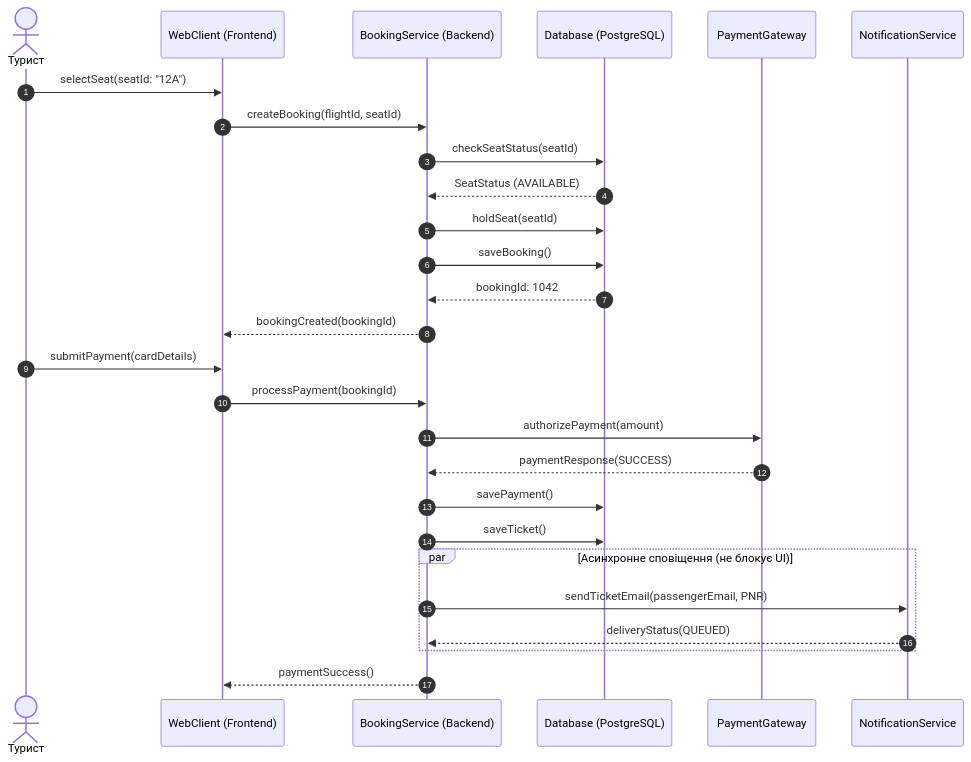
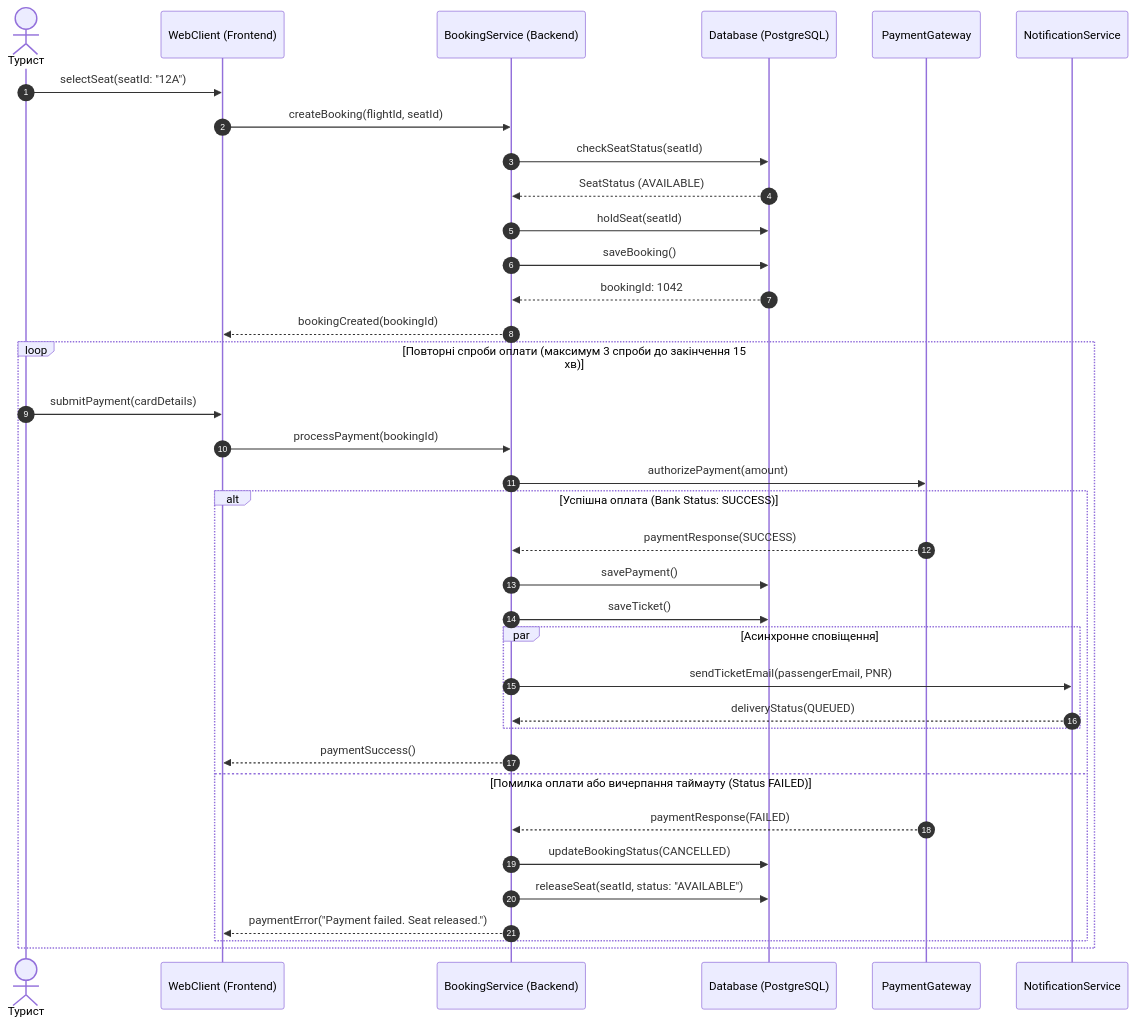
Before and after one commit to MVlance/kpi2_laba: the diagram in README.md, drawn with Mermaid.

Commit message:
refactor(diagram): add payment retry loop and releaseSeat handling on failure

````diff
--- a/README.md
+++ b/README.md
@@ -3,34 +3,44 @@
 ```mermaid
 sequenceDiagram
     autonumber
     actor Tourist as Турист
     participant UI as WebClient (Frontend)
     participant API as BookingService (Backend)
     participant DB as Database (PostgreSQL)
     participant Bank as PaymentGateway
     participant Email as NotificationService
 
     Tourist->>UI: selectSeat(seatId: "12A")
     UI->>API: createBooking(flightId, seatId)
     API->>DB: checkSeatStatus(seatId)
     DB-->>API: SeatStatus (AVAILABLE)
     API->>DB: holdSeat(seatId)
     API->>DB: saveBooking()
     DB-->>API: bookingId: 1042
     API-->>UI: bookingCreated(bookingId)
 
-    Tourist->>UI: submitPayment(cardDetails)
-    UI->>API: processPayment(bookingId)
-    API->>Bank: authorizePayment(amount)
-    Bank-->>API: paymentResponse(SUCCESS)
-    
-    API->>DB: savePayment()
-    API->>DB: saveTicket()
-    
-    par Асинхронне сповіщення (не блокує UI)
-        API->>Email: sendTicketEmail(passengerEmail, PNR)
-        Email-->>API: deliveryStatus(QUEUED)
+    loop Повторні спроби оплати (максимум 3 спроби до закінчення 15 хв)
+        Tourist->>UI: submitPayment(cardDetails)
+        UI->>API: processPayment(bookingId)
+        API->>Bank: authorizePayment(amount)
+        
+        alt Успішна оплата (Bank Status: SUCCESS)
+            Bank-->>API: paymentResponse(SUCCESS)
+            API->>DB: savePayment()
+            API->>DB: saveTicket()
+            
+            par Асинхронне сповіщення
+                API->>Email: sendTicketEmail(passengerEmail, PNR)
+                Email-->>API: deliveryStatus(QUEUED)
+            end
+            
+            API-->>UI: paymentSuccess()
+
+        else Помилка оплати або вичерпання таймауту (Status FAILED)
+            Bank-->>API: paymentResponse(FAILED)
+            API->>DB: updateBookingStatus(CANCELLED)
+            API->>DB: releaseSeat(seatId, status: "AVAILABLE")
+            API-->>UI: paymentError("Payment failed. Seat released.")
+        end
     end
-    
-    API-->>UI: paymentSuccess()
 ```
````
